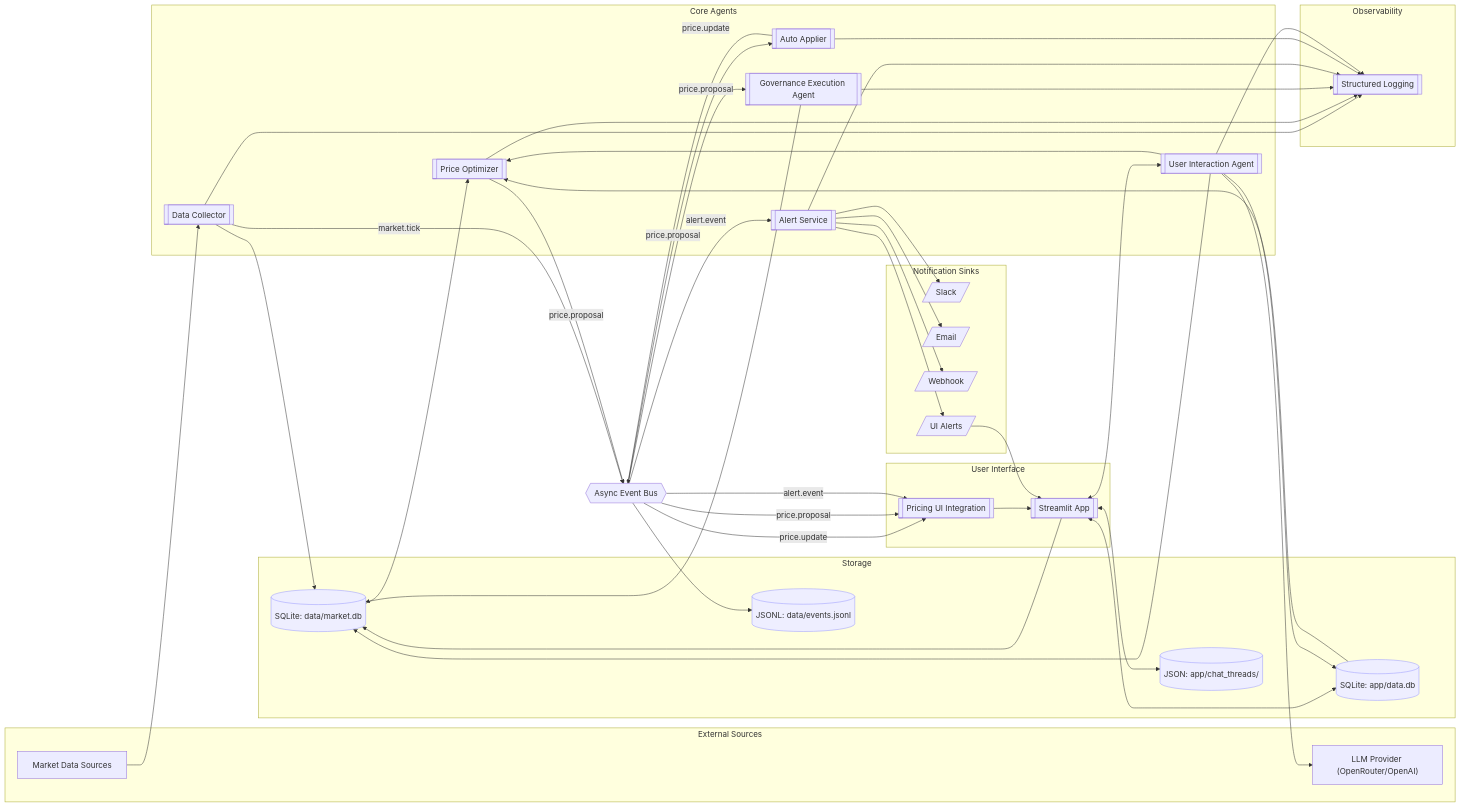
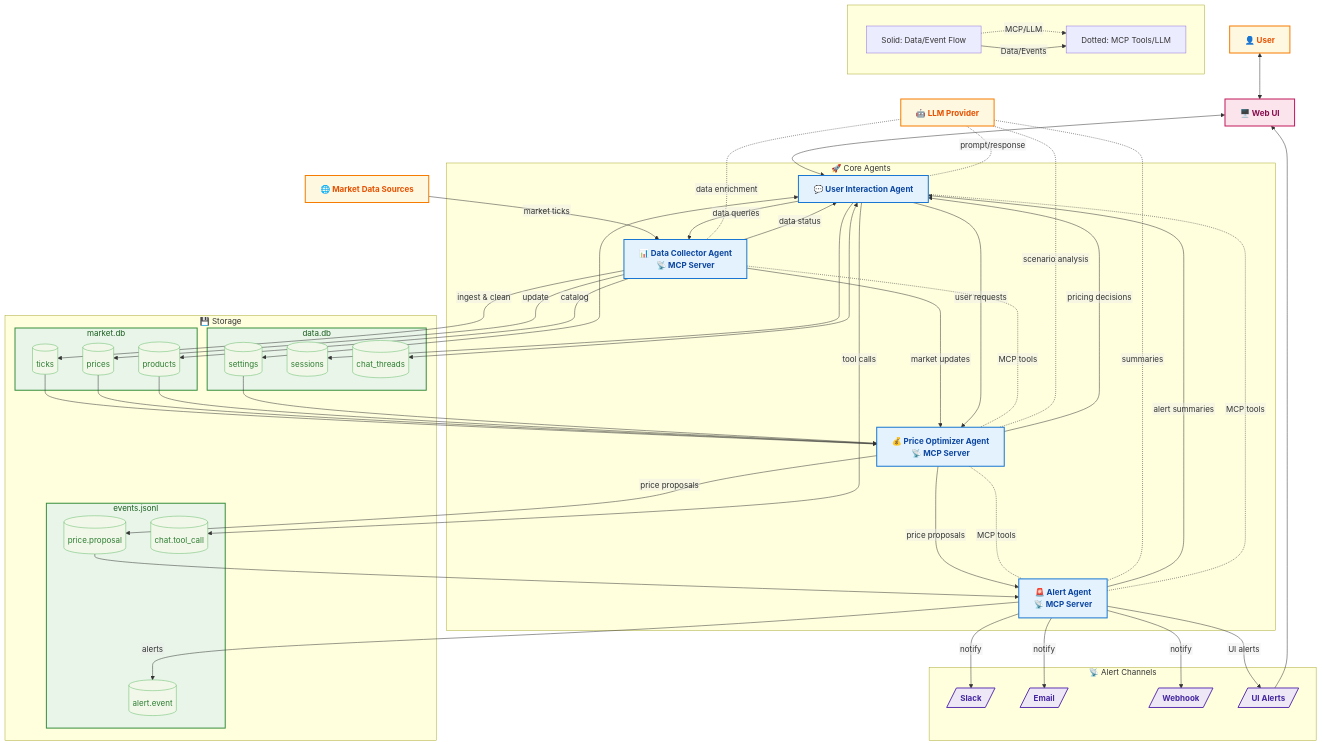
One commit to ManushiChamika/dynamic-pricing-ai-IRWA_PROJECT changed the diagram in docs/system_architecture.mmd. Above: the diagram before and after it, drawn with Mermaid. The commit also changed 34 other files, not shown here.

Commit message:
feat: implement comprehensive activity logging, MCP integration, and enhanced chat functionality

```diff
--- a/docs/system_architecture.mmd
+++ b/docs/system_architecture.mmd
@@ -1,94 +1,124 @@
-flowchart LR
-  %% System Architecture Overview
+flowchart TD
+    %% Simple, pretty, and draw.io-compatible
 
-  subgraph Sources[External Sources]
-    SRC[Market Data Sources]
-    LLM["LLM Provider (OpenRouter/OpenAI)"]
-  end
+    %% Actors & External
+    User["👤 User"]
+    External["🌐 Market Data Sources"]
+    LLM["🤖 LLM Provider"]
 
-  subgraph Storage[Storage]
-    MarketDB[(SQLite: data/market.db)]
-    AppDB[(SQLite: app/data.db)]
-    EventsLog[(JSONL: data/events.jsonl)]
-    ChatThreads[(JSON: app/chat_threads/)]
-  end
+    %% Interfaces
+    WebUI["🖥️ Web UI"]
 
-  subgraph Agents[Core Agents]
-    DC[[Data Collector]]
-    PO[[Price Optimizer]]
-    GEA[[Governance Execution Agent]]
-    AutoApplier[[Auto Applier]]
-    AS[[Alert Service]]
-    UIA[[User Interaction Agent]]
-  end
+    %% Core Agents
+    subgraph CoreAgents["🚀 Core Agents"]
+        UIA["💬 User Interaction Agent"]
+        DC["📊 Data Collector Agent<br/>📡 MCP Server"]
+        PO["💰 Price Optimizer Agent<br/>📡 MCP Server"]
+        AA["🚨 Alert Agent<br/>📡 MCP Server"]
+    end
 
-  subgraph Observability[Observability]
-    Logs[[Structured Logging]]
-  end
+    %% Storage with simple table-like nodes
+    subgraph Storage["💾 Storage"]
+        subgraph MarketDB["market.db"]
+            Ticks[("ticks")]
+            Products[("products")]
+            Prices[("prices")]
+        end
+        subgraph AppDB["data.db"]
+            Settings[("settings")]
+            Sessions[("sessions")]
+            Chats[("chat_threads")]
+        end
+        subgraph EventsLog["events.jsonl"]
+            PriceProposals[("price.proposal")]
+            AlertEvents[("alert.event")]
+            ChatToolCalls[("chat.tool_call")]
+        end
+    end
 
-  Bus{{Async Event Bus}}
+    %% Alert channels
+    subgraph AlertChannels["📡 Alert Channels"]
+        Slack[/Slack/]
+        Email[/Email/]
+        Webhook[/Webhook/]
+        UIAlerts[/UI Alerts/]
+    end
 
-  subgraph UI[User Interface]
-    UIBridge[[Pricing UI Integration]]
-    Streamlit[[Streamlit App]]
-  end
+    %% Main user flow
+    User <--> WebUI
+    WebUI <--> UIA
 
-  subgraph Notifiers[Notification Sinks]
-    Slack[/Slack/]
-    Email[/Email/]
-    Webhook[/Webhook/]
-    UISink[/UI Alerts/]
-  end
+    %% Data ingestion
+    External -- "market ticks" --> DC
+    DC -- "ingest & clean" --> Ticks
+    DC -- "update" --> Prices
+    DC -- "catalog" --> Products
 
-  %% Data ingestion
-  SRC --> DC
-  DC --> MarketDB
-  DC -- market.tick --> Bus
+    %% Optimization
+    Ticks --> PO
+    Prices --> PO
+    Products --> PO
+    Settings --> PO
+    PO -- "price proposals" --> PriceProposals
 
-  %% Optimization and proposals
-  MarketDB --> PO
-  AppDB --> PO
-  PO -- price.proposal --> Bus
+    %% User data & sessions
+    UIA <--> Settings
+    UIA <--> Chats
+    UIA --> Sessions
 
-  %% Governance execution and applying updates
-  Bus -- price.proposal --> GEA
-  Bus -- price.proposal --> AutoApplier
-  GEA --> MarketDB
-  AutoApplier -- price.update --> Bus
+    %% Alerting
+    PriceProposals --> AA
+    AA -- "alerts" --> AlertEvents
+    AA -- "notify" --> Slack
+    AA -- "notify" --> Email
+    AA -- "notify" --> Webhook
+    AA -- "UI alerts" --> UIAlerts
+    UIAlerts --> WebUI
 
-  %% UI integration and settings
-  Bus -- price.update --> UIBridge
-  Bus -- price.proposal --> UIBridge
-  Bus -- alert.event --> UIBridge
-  UIBridge --> Streamlit
-  Streamlit <---> AppDB
-  Streamlit --> MarketDB
-  Streamlit <---> ChatThreads
+    %% Direct inter-agent communication
+    DC -- "market updates" --> PO
+    PO -- "price proposals" --> AA
+    PO -- "pricing decisions" --> UIA
+    DC -- "data status" --> UIA
+    AA -- "alert summaries" --> UIA
+    UIA -- "user requests" --> PO
+    UIA -- "data queries" --> DC
 
-  %% Conversational tooling
-  Streamlit <---> UIA
-  UIA --> AppDB
-  UIA --> MarketDB
-  UIA --> PO
-  UIA --> LLM
+    %% MCP inter-agent communication (dotted for tool calls)
+    DC -. "MCP tools" .- PO
+    PO -. "MCP tools" .- AA
+    AA -. "MCP tools" .- UIA
 
-  %% Alerts
-  Bus -- alert.event --> AS
-  AS --> Slack
-  AS --> Email
-  AS --> Webhook
-  AS --> UISink
-  UISink --> Streamlit
+    %% LLM assistance to all core agents (dotted, labeled)
+    LLM -. "prompt/response" .- UIA
+    LLM -. "data enrichment" .- DC
+    LLM -. "scenario analysis" .- PO
+    LLM -. "summaries" .- AA
+    
+    %% LLM tool calls logged to events
+    UIA -- "tool calls" --> ChatToolCalls
 
-  %% Events & Observability
-  Bus --> EventsLog
-  DC --> Logs
-  PO --> Logs
-  GEA --> Logs
-  AS --> Logs
-  AutoApplier --> Logs
-  UIA --> Logs
+    %% Styling
+    classDef agent fill:#e3f2fd,stroke:#1976d2,stroke-width:2px,color:#0d47a1,font-weight:bold;
+    classDef storage fill:#e8f5e8,stroke:#388e3c,stroke-width:2px,color:#1b5e20,font-weight:bold;
+    classDef table fill:#f1f8e9,stroke:#66bb6a,stroke-width:1px,color:#2e7d32;
+    classDef external fill:#fff8e1,stroke:#f57c00,stroke-width:2px,color:#e65100,font-weight:bold;
+    classDef ui fill:#fce4ec,stroke:#c2185b,stroke-width:2px,color:#880e4f,font-weight:bold;
+    classDef sink fill:#ede7f6,stroke:#5e35b1,stroke-width:2px,color:#4527a0,font-weight:bold;
 
-  %% Notes
-  classDef db fill:#eef,stroke:#99f,stroke-width:1px;
-  class MarketDB,AppDB,EventsLog,ChatThreads db;
+    class UIA,DC,PO,AA agent;
+    class MarketDB,AppDB,EventsLog storage;
+    class Ticks,Products,Prices,Settings,Sessions,Chats,PriceProposals,AlertEvents,ChatToolCalls table;
+    class External,LLM,User external;
+    class WebUI ui;
+    class Slack,Email,Webhook,UIAlerts sink;
+    
+    %% Legend
+    %%{ init: { "flowchart": { "htmlLabels": false } } }%%
+    subgraph Legend[" "]
+        direction LR
+        LegendSolid["Solid: Data/Event Flow"]
+        LegendDotted["Dotted: MCP Tools/LLM"]
+        LegendSolid -.->|"MCP/LLM"| LegendDotted
+        LegendSolid -->|"Data/Events"| LegendDotted
+    end
```
